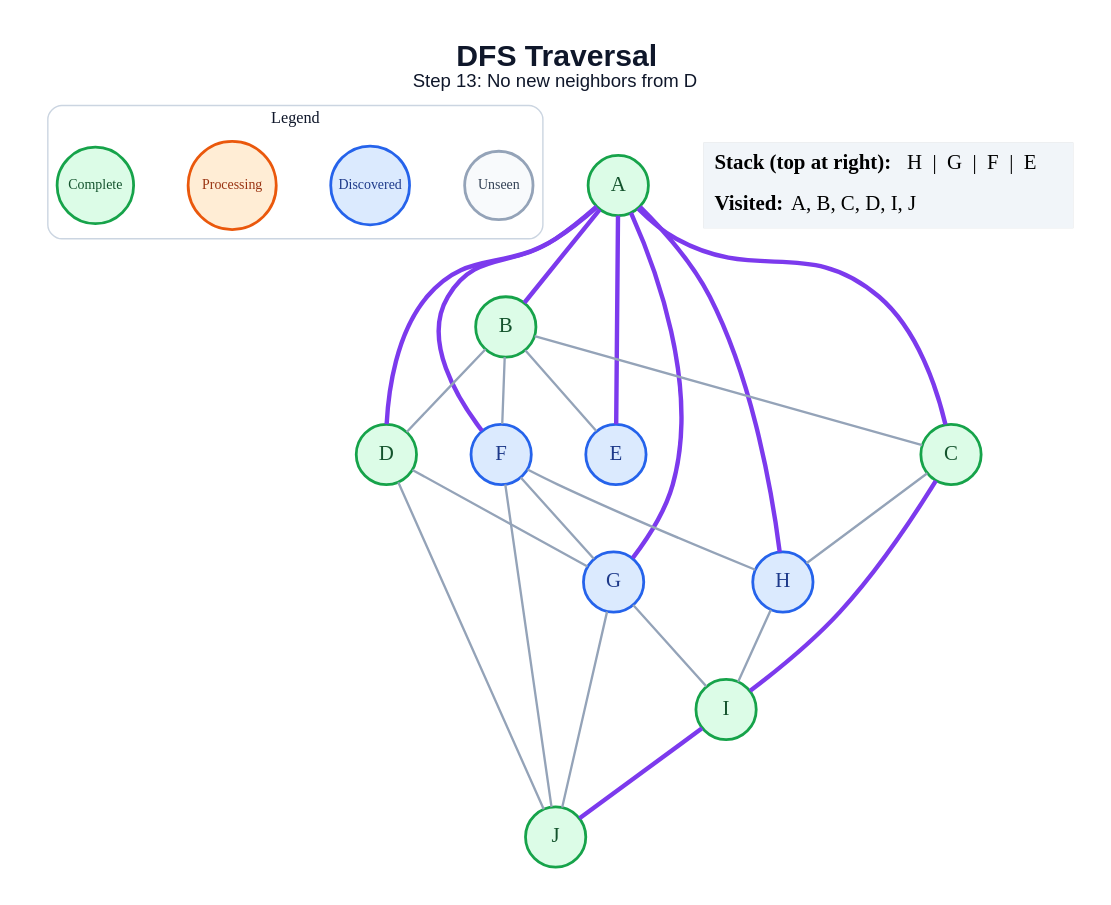
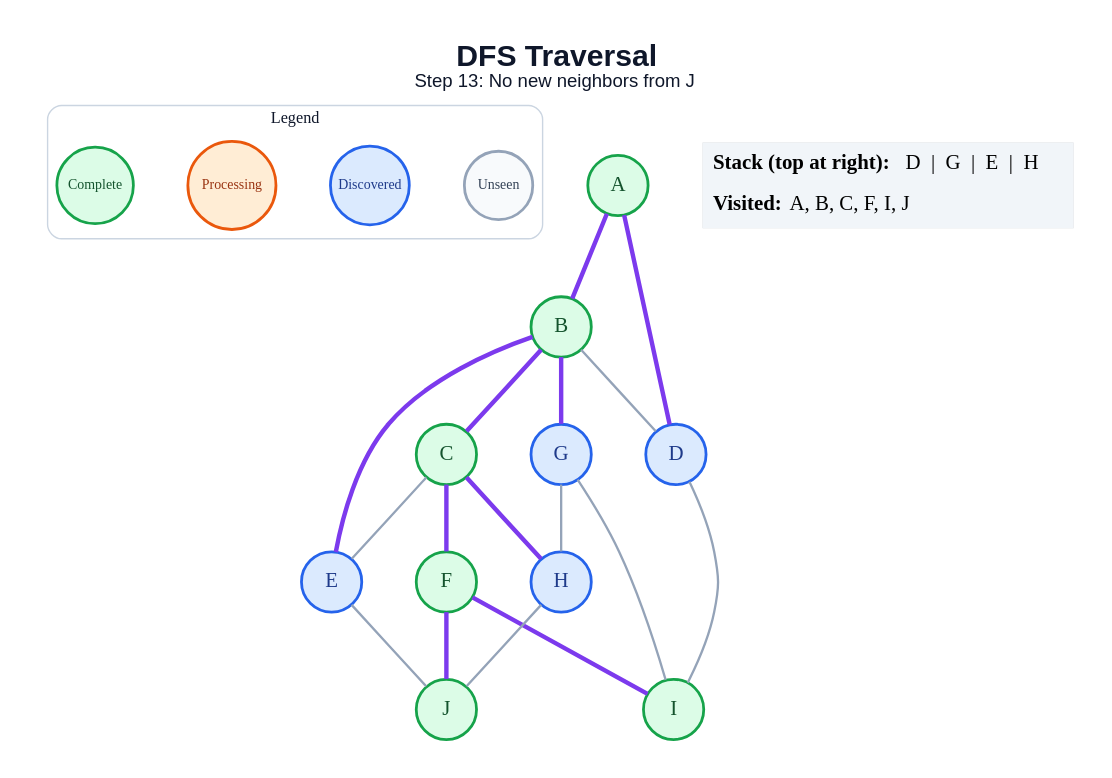
One commit to amanghodawala9/ai-slop changed the diagram in generated/dfs/step_13.dot. Above: the diagram before and after it, drawn with Graphviz. The commit also changed 178 other files, not shown here.

```diff
--- a/generated/dfs/step_13.dot
+++ b/generated/dfs/step_13.dot
@@ -1,51 +1,45 @@
 graph traversal {
   graph [layout=dot, rankdir=TB, bgcolor="#FFFFFF", pad="0.35", nodesep="0.65", ranksep="0.8", fontname="Arial"];
   node [shape=circle, style="filled", fontname="Arial Bold", fontsize=18, width=0.72, fixedsize=true, penwidth=2.4];
   edge [color="#94A3B8", penwidth=2.0];
-  label=<<B>DFS Traversal</B><BR/><FONT POINT-SIZE="16">Step 13: No new neighbors from D</FONT>>; labelloc="t"; fontsize=26; fontname="Arial"; fontcolor="#0F172A";
+  label=<<B>DFS Traversal</B><BR/><FONT POINT-SIZE="16">Step 13: No new neighbors from J</FONT>>; labelloc="t"; fontsize=26; fontname="Arial"; fontcolor="#0F172A";
   subgraph cluster_legend { label="Legend"; color="#CBD5E1"; penwidth=1.2; style="rounded"; fontsize=14; fontname="Arial Bold";
     key_unseen [label="Unseen", fillcolor="#F8FAFC", color="#94A3B8", fontcolor="#334155", fontsize=12, width=0.82];
     key_frontier [label="Discovered", fillcolor="#DBEAFE", color="#2563EB", fontcolor="#1E3A8A", fontsize=12, width=0.95];
     key_current [label="Processing", fillcolor="#FFEDD5", color="#EA580C", fontcolor="#9A3412", fontsize=12, width=1.05];
     key_done [label="Complete", fillcolor="#DCFCE7", color="#16A34A", fontcolor="#14532D", fontsize=12, width=0.92];
     { rank=same; key_unseen; key_frontier; key_current; key_done; }
   }
   A [fillcolor="#DCFCE7", color="#16A34A", fontcolor="#14532D"];
   B [fillcolor="#DCFCE7", color="#16A34A", fontcolor="#14532D"];
   C [fillcolor="#DCFCE7", color="#16A34A", fontcolor="#14532D"];
-  D [fillcolor="#DCFCE7", color="#16A34A", fontcolor="#14532D"];
+  D [fillcolor="#DBEAFE", color="#2563EB", fontcolor="#1E3A8A"];
   E [fillcolor="#DBEAFE", color="#2563EB", fontcolor="#1E3A8A"];
-  F [fillcolor="#DBEAFE", color="#2563EB", fontcolor="#1E3A8A"];
+  F [fillcolor="#DCFCE7", color="#16A34A", fontcolor="#14532D"];
   G [fillcolor="#DBEAFE", color="#2563EB", fontcolor="#1E3A8A"];
   H [fillcolor="#DBEAFE", color="#2563EB", fontcolor="#1E3A8A"];
   I [fillcolor="#DCFCE7", color="#16A34A", fontcolor="#14532D"];
   J [fillcolor="#DCFCE7", color="#16A34A", fontcolor="#14532D"];
   A -- B [color="#7C3AED", penwidth=3.8];
-  A -- C [color="#7C3AED", penwidth=3.8];
   A -- D [color="#7C3AED", penwidth=3.8];
-  A -- E [color="#7C3AED", penwidth=3.8];
-  A -- F [color="#7C3AED", penwidth=3.8];
-  A -- G [color="#7C3AED", penwidth=3.8];
-  A -- H [color="#7C3AED", penwidth=3.8];
-  B -- C;
+  B -- C [color="#7C3AED", penwidth=3.8];
   B -- D;
-  B -- E;
-  B -- F;
-  C -- H;
-  C -- I [color="#7C3AED", penwidth=3.8];
-  D -- G;
-  D -- J;
-  F -- G;
-  F -- H;
-  F -- J;
+  B -- E [color="#7C3AED", penwidth=3.8];
+  B -- G [color="#7C3AED", penwidth=3.8];
+  C -- E;
+  C -- F [color="#7C3AED", penwidth=3.8];
+  C -- H [color="#7C3AED", penwidth=3.8];
+  D -- I;
+  E -- J;
+  F -- I [color="#7C3AED", penwidth=3.8];
+  F -- J [color="#7C3AED", penwidth=3.8];
+  G -- H;
   G -- I;
-  G -- J;
-  H -- I;
-  I -- J [color="#7C3AED", penwidth=3.8];
+  H -- J;
   status [shape=plain, fixedsize=false, width=0, height=0, margin=0, label=<
     <TABLE BORDER="0" CELLBORDER="0" CELLPADDING="7" BGCOLOR="#F1F5F9">
-      <TR><TD ALIGN="LEFT"><B>Stack (top at right):</B> H  |  G  |  F  |  E</TD></TR>
-      <TR><TD ALIGN="LEFT"><B>Visited:</B> A, B, C, D, I, J</TD></TR>
+      <TR><TD ALIGN="LEFT"><B>Stack (top at right):</B> D  |  G  |  E  |  H</TD></TR>
+      <TR><TD ALIGN="LEFT"><B>Visited:</B> A, B, C, F, I, J</TD></TR>
     </TABLE>
   >];
 }
```
